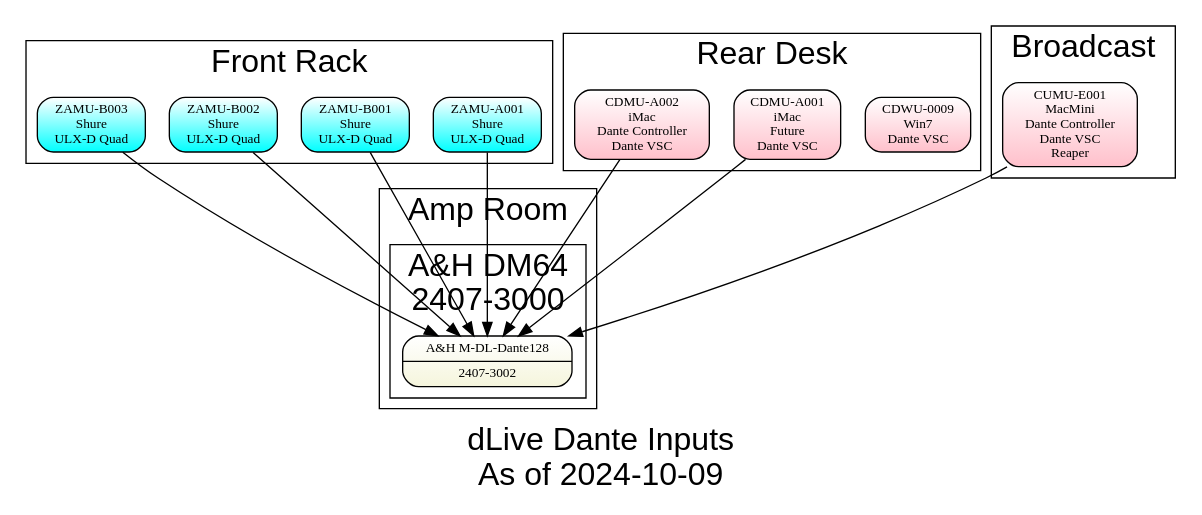
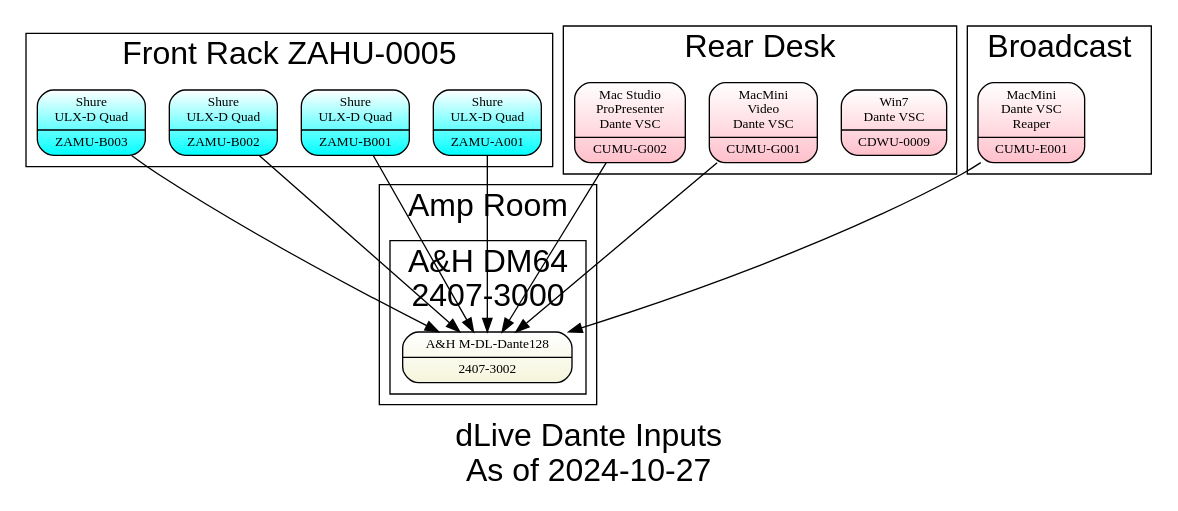
Before and after one commit to avmaint/uactechdoc: the diagram in gv/sda-inputs-dlive-dante.gv, drawn with Graphviz. The commit also changed 1 other file, not shown here.

Commit message:
updated diagrams

```diff
--- a/gv/sda-inputs-dlive-dante.gv
+++ b/gv/sda-inputs-dlive-dante.gv
@@ -1,46 +1,45 @@
 digraph ddi { 
 graph [overlap = true, fontsize = 24, rankdir=TB 
-      label="dLive Dante Inputs\nAs of 2024-10-09", 
+      label="dLive Dante Inputs\nAs of 2024-10-27", 
       fontname = Helvetica]
 
 node [shape=Mrecord, tooltip="" , fontsize = 10, 
       fillcolor="white:beige" , style=filled  
       gradientangle=270]
 
 subgraph cluster_amproom {
 	label="Amp Room"
 	subgraph cluster_mixrack {
 		label="A&H DM64\n2407-3000"
 	"2407-3002" [label="{A&H M-DL-Dante128|2407-3002}"]
 	}
 }
 
 subgraph cluster_fr {
-	label="Front Rack"
-	zamua001 [label="ZAMU-A001\nShure\nULX-D Quad", fillcolor="white:cyan" ]
-	zamub001 [label="ZAMU-B001\nShure\nULX-D Quad", fillcolor="white:cyan"]
-	zamub002 [label="ZAMU-B002\nShure\nULX-D Quad", fillcolor="white:cyan"]
-	zamub003 [label="ZAMU-B003\nShure\nULX-D Quad", fillcolor="white:cyan"]
+	label="Front Rack ZAHU-0005"
+	zamua001 [label="{Shure\nULX-D Quad|ZAMU-A001}", fillcolor="white:cyan" ]
+	zamub001 [label="{Shure\nULX-D Quad|ZAMU-B001}", fillcolor="white:cyan"]
+	zamub002 [label="{Shure\nULX-D Quad|ZAMU-B002}", fillcolor="white:cyan"]
+	zamub003 [label="{Shure\nULX-D Quad|ZAMU-B003}", fillcolor="white:cyan"]
 }
 
 subgraph cluster_reardesk {
 	label="Rear Desk"
-	cdwu0009 [label="CDWU-0009\nWin7\nDante VSC", fillcolor="white:pink"]
-	cumug002 [label="CDMU-A001\niMac\nFuture\nDante VSC", fillcolor="white:pink"]
-	cumug001 [label="CDMU-A002\niMac\nDante Controller\nDante VSC", fillcolor="white:pink"]
+	cdwu0009 [label="{Win7\nDante VSC|CDWU-0009}", fillcolor="white:pink"]
+	cumug002 [label="{MacMini\nVideo\nDante VSC|CUMU-G001}", fillcolor="white:pink"]
+	cumug001 [label="{Mac Studio\nProPresenter\nDante VSC|CUMU-G002}", fillcolor="white:pink"]
 }
 
 subgraph cluster_broadcast {
 	label="Broadcast"
-	cumue001 [label="CUMU-E001\nMacMini\nDante Controller\nDante VSC\nReaper", fillcolor="white:pink"]
+	cumue001 [label="{MacMini\nDante VSC\nReaper|CUMU-E001}", fillcolor="white:pink"]
 }
 
 zamua001 -> "2407-3002"
 zamub001 -> "2407-3002"  
 zamub002 -> "2407-3002"  
 zamub003 -> "2407-3002"  
 cumue001 -> "2407-3002"
 cumug001 -> "2407-3002"
 cumug002 -> "2407-3002"
-
-} 
+}
```
